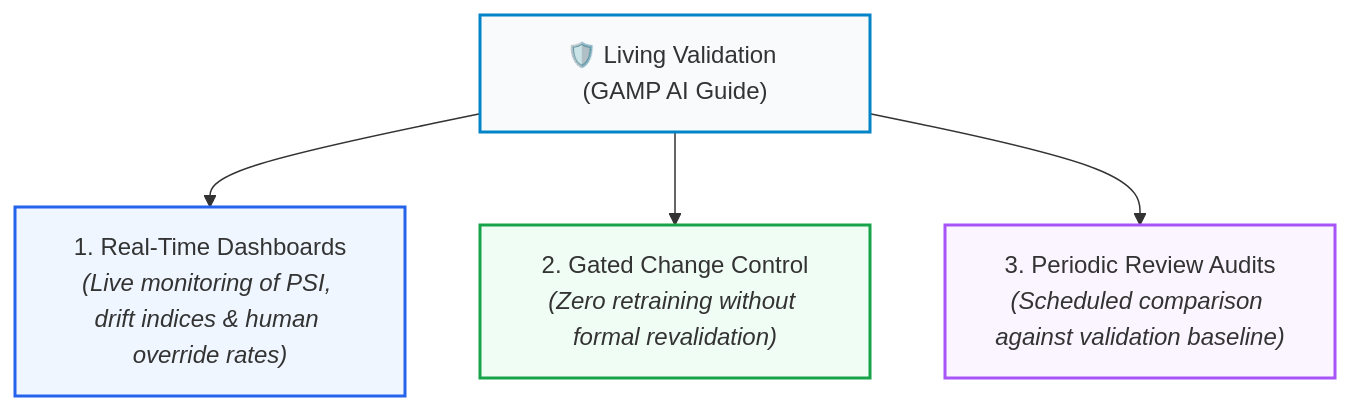
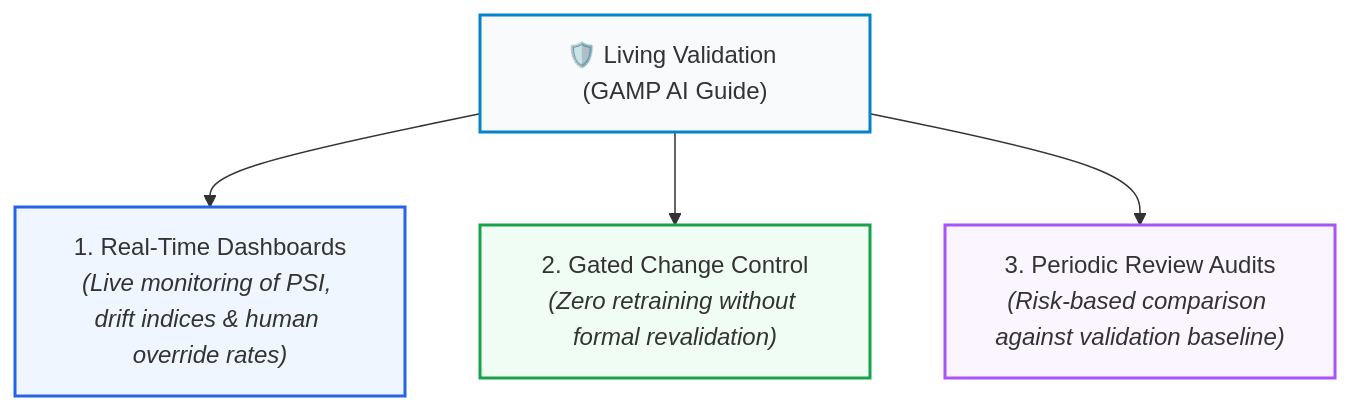
One commit to Lunaman06/Annex22 changed the third of 3 diagrams in docs/en/appendix_ispe_gamp_ai_best_practices.md. Above: the diagram before and after it, drawn with Mermaid. The commit also changed other lines of this file and 14 other files, not shown here.

````diff
--- a/docs/en/appendix_ispe_gamp_ai_best_practices.md
+++ b/docs/en/appendix_ispe_gamp_ai_best_practices.md
@@ -127,11 +127,11 @@
 ```mermaid
 graph TD
     LV["🛡️ Living Validation (GAMP AI Guide)"] --> S1["1. Real-Time Dashboards<br/><i>(Live monitoring of PSI, drift indices & human override rates)</i>"]
     LV --> S2["2. Gated Change Control<br/><i>(Zero retraining without formal revalidation)</i>"]
-    LV --> S3["3. Periodic Review Audits<br/><i>(Scheduled comparison against validation baseline)</i>"]
+    LV --> S3["3. Periodic Review Audits<br/><i>(Risk-based comparison against validation baseline)</i>"]
 
     style LV fill:#f8fafc,stroke:#0284c7,stroke-width:2px
     style S1 fill:#eff6ff,stroke:#2563eb,stroke-width:2px
     style S2 fill:#f0fdf4,stroke:#16a34a,stroke-width:2px
     style S3 fill:#faf5ff,stroke:#a855f7,stroke-width:2px
 ```
````
